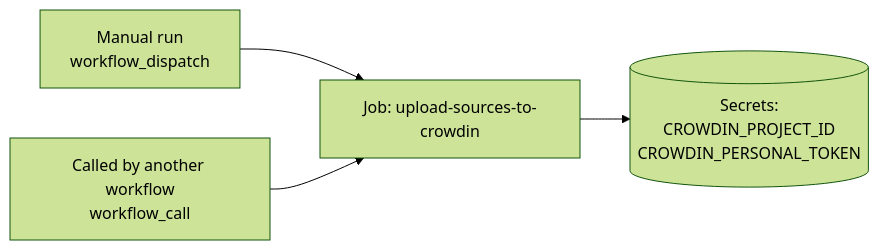
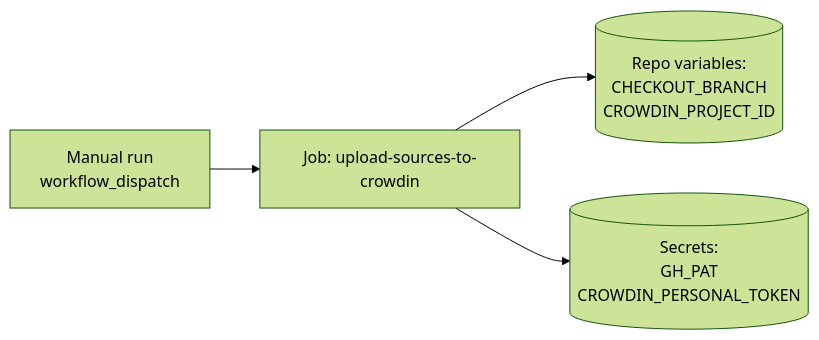
One commit to pagopa/devportal-docs changed the second of 6 diagrams in upload_sources_to_crowdin_workflow.md. Above: the diagram before and after it, drawn with Mermaid (forest theme). The commit also changed other lines of this file and 1 other file, not shown here.

````diff
--- a/upload_sources_to_crowdin_workflow.md
+++ b/upload_sources_to_crowdin_workflow.md
@@ -44,6 +55,6 @@
 ```mermaid
 flowchart LR
     M[Manual run<br/>workflow_dispatch] --> J[Job: upload-sources-to-crowdin]
-    W[Called by another workflow<br/>workflow_call] --> J
-    J --> S[(Secrets:<br/>CROWDIN_PROJECT_ID<br/>CROWDIN_PERSONAL_TOKEN)]
+    J --> V[(Repo variables:<br/>CHECKOUT_BRANCH<br/>CROWDIN_PROJECT_ID)]
+    J --> S[(Secrets:<br/>GH_PAT<br/>CROWDIN_PERSONAL_TOKEN)]
 ```
````
